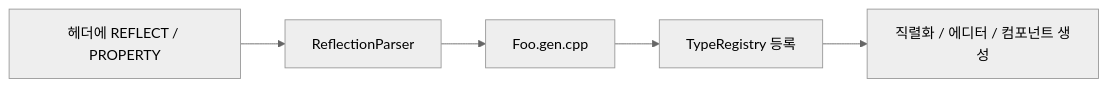
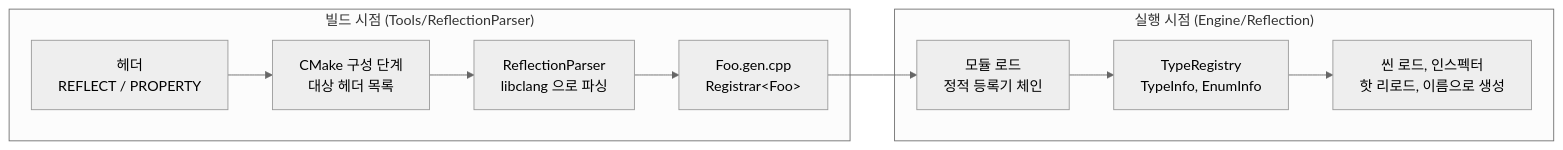
One commit to sswgame/LearningTemplate changed the diagram in Source/Engine/Reflection/README.md. Above: the diagram before and after it, drawn with Mermaid (neutral theme). The commit also changed other lines of this file and 1 other file, not shown here.

````diff
--- a/Source/Engine/Reflection/README.md
+++ b/Source/Engine/Reflection/README.md
@@ -23,7 +22,13 @@
 ```mermaid
 flowchart LR
-  H["헤더에 REFLECT / PROPERTY"] --> P[ReflectionParser]
-  P --> G["Foo.gen.cpp"]
-  G --> R[TypeRegistry 등록]
-  R --> S[직렬화 / 에디터 / 컴포넌트 생성]
+  subgraph Build["빌드 시점 (Tools/ReflectionParser)"]
+    H["헤더<br/>REFLECT / PROPERTY"] --> Scan["CMake 구성 단계<br/>대상 헤더 목록"]
+    Scan --> P["ReflectionParser<br/>libclang 으로 파싱"]
+    P --> G["Foo.gen.cpp<br/>Registrar&lt;Foo&gt;"]
+  end
+  subgraph Run["실행 시점 (Engine/Reflection)"]
+    G --> L["모듈 로드<br/>정적 등록기 체인"]
+    L --> R["TypeRegistry<br/>TypeInfo, EnumInfo"]
+    R --> U["씬 로드, 인스펙터<br/>핫 리로드, 이름으로 생성"]
+  end
 ```
````
